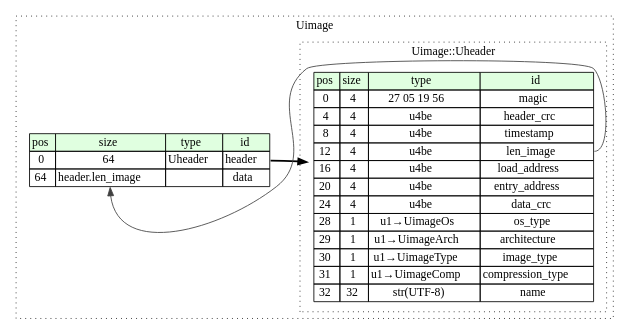
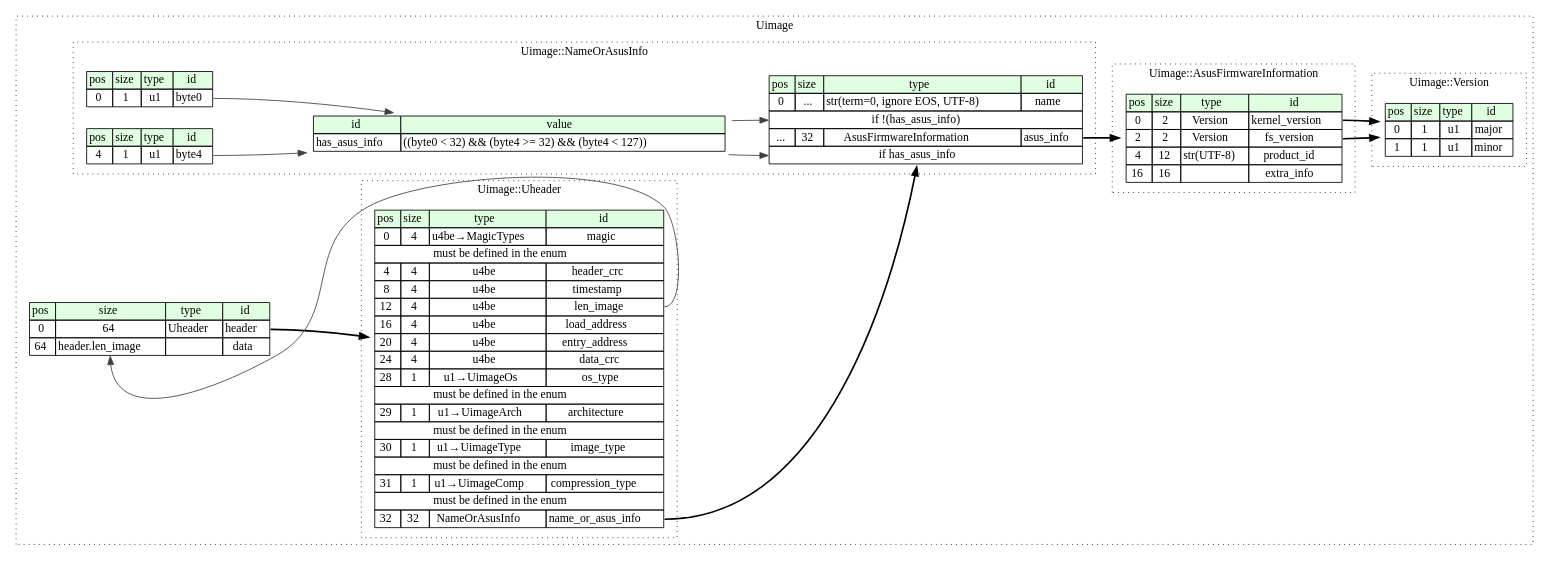
One commit to kaitai-io/formats-kaitai-io.github.io changed the diagram in uimage/src/graphviz/uimage.dot. Above: the diagram before and after it, drawn with Graphviz. The commit also changed 36 other files, not shown here.

```diff
--- a/uimage/src/graphviz/uimage.dot
+++ b/uimage/src/graphviz/uimage.dot
@@ -1,36 +1,95 @@
 digraph {
 	rankdir=LR;
 	node [shape=plaintext];
 	subgraph cluster__uimage {
 		label="Uimage";
 		graph[style=dotted];
 
 		uimage__seq [label=<<TABLE BORDER="0" CELLBORDER="1" CELLSPACING="0">
 			<TR><TD BGCOLOR="#E0FFE0">pos</TD><TD BGCOLOR="#E0FFE0">size</TD><TD BGCOLOR="#E0FFE0">type</TD><TD BGCOLOR="#E0FFE0">id</TD></TR>
 			<TR><TD PORT="header_pos">0</TD><TD PORT="header_size">64</TD><TD>Uheader</TD><TD PORT="header_type">header</TD></TR>
 			<TR><TD PORT="data_pos">64</TD><TD PORT="data_size">header.len_image</TD><TD></TD><TD PORT="data_type">data</TD></TR>
 		</TABLE>>];
+		subgraph cluster__asus_firmware_information {
+			label="Uimage::AsusFirmwareInformation";
+			graph[style=dotted];
+
+			asus_firmware_information__seq [label=<<TABLE BORDER="0" CELLBORDER="1" CELLSPACING="0">
+				<TR><TD BGCOLOR="#E0FFE0">pos</TD><TD BGCOLOR="#E0FFE0">size</TD><TD BGCOLOR="#E0FFE0">type</TD><TD BGCOLOR="#E0FFE0">id</TD></TR>
+				<TR><TD PORT="kernel_version_pos">0</TD><TD PORT="kernel_version_size">2</TD><TD>Version</TD><TD PORT="kernel_version_type">kernel_version</TD></TR>
+				<TR><TD PORT="fs_version_pos">2</TD><TD PORT="fs_version_size">2</TD><TD>Version</TD><TD PORT="fs_version_type">fs_version</TD></TR>
+				<TR><TD PORT="product_id_pos">4</TD><TD PORT="product_id_size">12</TD><TD>str(UTF-8)</TD><TD PORT="product_id_type">product_id</TD></TR>
+				<TR><TD PORT="extra_info_pos">16</TD><TD PORT="extra_info_size">16</TD><TD></TD><TD PORT="extra_info_type">extra_info</TD></TR>
+			</TABLE>>];
+		}
+		subgraph cluster__name_or_asus_info {
+			label="Uimage::NameOrAsusInfo";
+			graph[style=dotted];
+
+			name_or_asus_info__seq [label=<<TABLE BORDER="0" CELLBORDER="1" CELLSPACING="0">
+				<TR><TD BGCOLOR="#E0FFE0">pos</TD><TD BGCOLOR="#E0FFE0">size</TD><TD BGCOLOR="#E0FFE0">type</TD><TD BGCOLOR="#E0FFE0">id</TD></TR>
+				<TR><TD PORT="name_pos">0</TD><TD PORT="name_size">...</TD><TD>str(term=0, ignore EOS, UTF-8)</TD><TD PORT="name_type">name</TD></TR>
+				<TR><TD COLSPAN="4" PORT="name__if">if !(has_asus_info)</TD></TR>
+				<TR><TD PORT="asus_info_pos">...</TD><TD PORT="asus_info_size">32</TD><TD>AsusFirmwareInformation</TD><TD PORT="asus_info_type">asus_info</TD></TR>
+				<TR><TD COLSPAN="4" PORT="asus_info__if">if has_asus_info</TD></TR>
+			</TABLE>>];
+			name_or_asus_info__inst__byte0 [label=<<TABLE BORDER="0" CELLBORDER="1" CELLSPACING="0">
+				<TR><TD BGCOLOR="#E0FFE0">pos</TD><TD BGCOLOR="#E0FFE0">size</TD><TD BGCOLOR="#E0FFE0">type</TD><TD BGCOLOR="#E0FFE0">id</TD></TR>
+				<TR><TD PORT="byte0_pos">0</TD><TD PORT="byte0_size">1</TD><TD>u1</TD><TD PORT="byte0_type">byte0</TD></TR>
+			</TABLE>>];
+			name_or_asus_info__inst__byte4 [label=<<TABLE BORDER="0" CELLBORDER="1" CELLSPACING="0">
+				<TR><TD BGCOLOR="#E0FFE0">pos</TD><TD BGCOLOR="#E0FFE0">size</TD><TD BGCOLOR="#E0FFE0">type</TD><TD BGCOLOR="#E0FFE0">id</TD></TR>
+				<TR><TD PORT="byte4_pos">4</TD><TD PORT="byte4_size">1</TD><TD>u1</TD><TD PORT="byte4_type">byte4</TD></TR>
+			</TABLE>>];
+			name_or_asus_info__inst__has_asus_info [label=<<TABLE BORDER="0" CELLBORDER="1" CELLSPACING="0">
+				<TR><TD BGCOLOR="#E0FFE0">id</TD><TD BGCOLOR="#E0FFE0">value</TD></TR>
+				<TR><TD>has_asus_info</TD><TD> ((byte0 &lt; 32) &amp;&amp; (byte4 &gt;= 32) &amp;&amp; (byte4 &lt; 127)) </TD></TR>
+			</TABLE>>];
+		}
 		subgraph cluster__uheader {
 			label="Uimage::Uheader";
 			graph[style=dotted];
 
 			uheader__seq [label=<<TABLE BORDER="0" CELLBORDER="1" CELLSPACING="0">
 				<TR><TD BGCOLOR="#E0FFE0">pos</TD><TD BGCOLOR="#E0FFE0">size</TD><TD BGCOLOR="#E0FFE0">type</TD><TD BGCOLOR="#E0FFE0">id</TD></TR>
-				<TR><TD PORT="magic_pos">0</TD><TD PORT="magic_size">4</TD><TD>27 05 19 56</TD><TD PORT="magic_type">magic</TD></TR>
+				<TR><TD PORT="magic_pos">0</TD><TD PORT="magic_size">4</TD><TD>u4be→MagicTypes</TD><TD PORT="magic_type">magic</TD></TR>
+				<TR><TD COLSPAN="4" PORT="magic__valid">must be defined in the enum</TD></TR>
 				<TR><TD PORT="header_crc_pos">4</TD><TD PORT="header_crc_size">4</TD><TD>u4be</TD><TD PORT="header_crc_type">header_crc</TD></TR>
 				<TR><TD PORT="timestamp_pos">8</TD><TD PORT="timestamp_size">4</TD><TD>u4be</TD><TD PORT="timestamp_type">timestamp</TD></TR>
 				<TR><TD PORT="len_image_pos">12</TD><TD PORT="len_image_size">4</TD><TD>u4be</TD><TD PORT="len_image_type">len_image</TD></TR>
 				<TR><TD PORT="load_address_pos">16</TD><TD PORT="load_address_size">4</TD><TD>u4be</TD><TD PORT="load_address_type">load_address</TD></TR>
 				<TR><TD PORT="entry_address_pos">20</TD><TD PORT="entry_address_size">4</TD><TD>u4be</TD><TD PORT="entry_address_type">entry_address</TD></TR>
 				<TR><TD PORT="data_crc_pos">24</TD><TD PORT="data_crc_size">4</TD><TD>u4be</TD><TD PORT="data_crc_type">data_crc</TD></TR>
 				<TR><TD PORT="os_type_pos">28</TD><TD PORT="os_type_size">1</TD><TD>u1→UimageOs</TD><TD PORT="os_type_type">os_type</TD></TR>
+				<TR><TD COLSPAN="4" PORT="os_type__valid">must be defined in the enum</TD></TR>
 				<TR><TD PORT="architecture_pos">29</TD><TD PORT="architecture_size">1</TD><TD>u1→UimageArch</TD><TD PORT="architecture_type">architecture</TD></TR>
+				<TR><TD COLSPAN="4" PORT="architecture__valid">must be defined in the enum</TD></TR>
 				<TR><TD PORT="image_type_pos">30</TD><TD PORT="image_type_size">1</TD><TD>u1→UimageType</TD><TD PORT="image_type_type">image_type</TD></TR>
+				<TR><TD COLSPAN="4" PORT="image_type__valid">must be defined in the enum</TD></TR>
 				<TR><TD PORT="compression_type_pos">31</TD><TD PORT="compression_type_size">1</TD><TD>u1→UimageComp</TD><TD PORT="compression_type_type">compression_type</TD></TR>
-				<TR><TD PORT="name_pos">32</TD><TD PORT="name_size">32</TD><TD>str(UTF-8)</TD><TD PORT="name_type">name</TD></TR>
+				<TR><TD COLSPAN="4" PORT="compression_type__valid">must be defined in the enum</TD></TR>
+				<TR><TD PORT="name_or_asus_info_pos">32</TD><TD PORT="name_or_asus_info_size">32</TD><TD>NameOrAsusInfo</TD><TD PORT="name_or_asus_info_type">name_or_asus_info</TD></TR>
+			</TABLE>>];
+		}
+		subgraph cluster__version {
+			label="Uimage::Version";
+			graph[style=dotted];
+
+			version__seq [label=<<TABLE BORDER="0" CELLBORDER="1" CELLSPACING="0">
+				<TR><TD BGCOLOR="#E0FFE0">pos</TD><TD BGCOLOR="#E0FFE0">size</TD><TD BGCOLOR="#E0FFE0">type</TD><TD BGCOLOR="#E0FFE0">id</TD></TR>
+				<TR><TD PORT="major_pos">0</TD><TD PORT="major_size">1</TD><TD>u1</TD><TD PORT="major_type">major</TD></TR>
+				<TR><TD PORT="minor_pos">1</TD><TD PORT="minor_size">1</TD><TD>u1</TD><TD PORT="minor_type">minor</TD></TR>
 			</TABLE>>];
 		}
 	}
 	uimage__seq:header_type -> uheader__seq [style=bold];
 	uheader__seq:len_image_type -> uimage__seq:data_size [color="#404040"];
+	asus_firmware_information__seq:kernel_version_type -> version__seq [style=bold];
+	asus_firmware_information__seq:fs_version_type -> version__seq [style=bold];
+	name_or_asus_info__inst__has_asus_info:has_asus_info_type -> name_or_asus_info__seq:name__if [color="#404040"];
+	name_or_asus_info__seq:asus_info_type -> asus_firmware_information__seq [style=bold];
+	name_or_asus_info__inst__has_asus_info:has_asus_info_type -> name_or_asus_info__seq:asus_info__if [color="#404040"];
+	name_or_asus_info__inst__byte0:byte0_type -> name_or_asus_info__inst__has_asus_info [color="#404040"];
+	name_or_asus_info__inst__byte4:byte4_type -> name_or_asus_info__inst__has_asus_info [color="#404040"];
+	uheader__seq:name_or_asus_info_type -> name_or_asus_info__seq [style=bold];
 }
```
